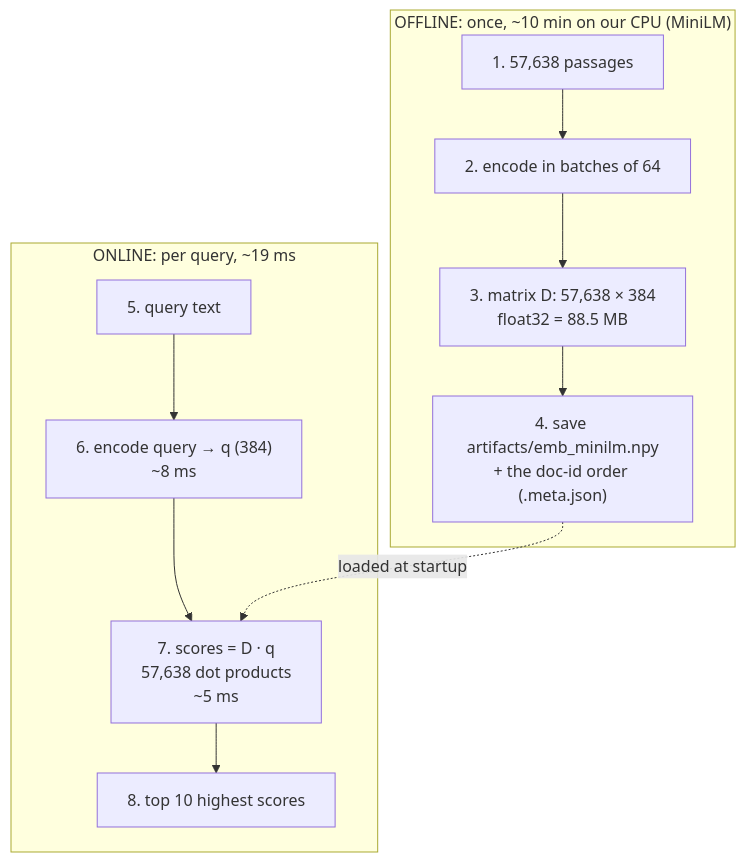
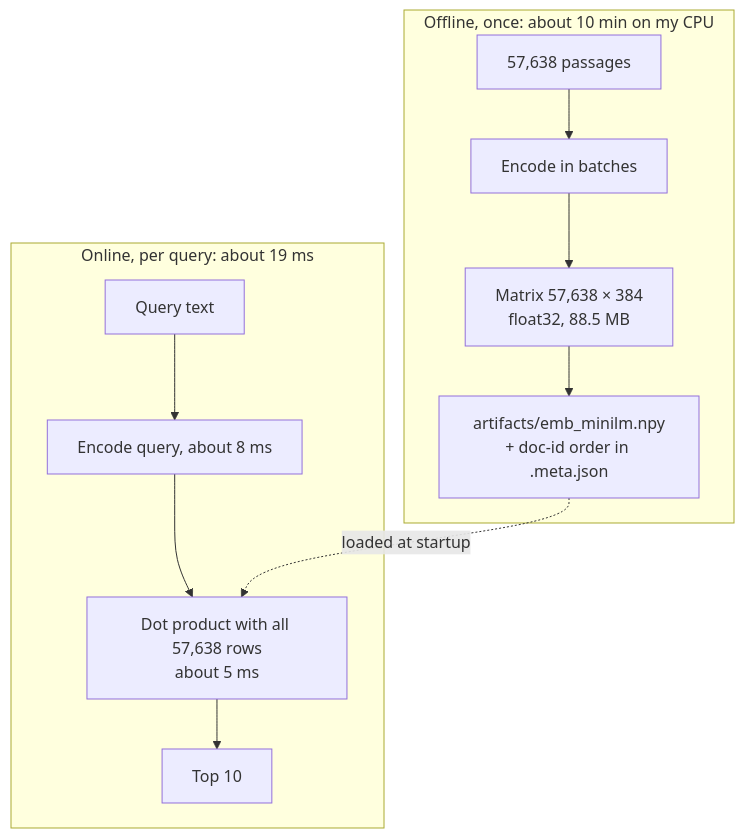
The third of 4 diagrams in docs/from_zero/04_meaning_search_embeddings.md (node31/fiqa-agentic-retrieval), drawn with Mermaid before and after one commit. The commit also changed other lines of this file and 9 other files, not shown here.

````diff
--- a/docs/from_zero/04_meaning_search_embeddings.md
+++ b/docs/from_zero/04_meaning_search_embeddings.md
@@ -223,14 +140,14 @@
 ```mermaid
 flowchart TB
-    subgraph OFFLINE["OFFLINE: once, ~10 min on our CPU (MiniLM)"]
-      C["1. 57,638 passages"] --> ENC["2. encode in batches of 64"]
-      ENC --> M["3. matrix D: 57,638 × 384<br/>float32 = 88.5 MB"]
-      M --> SAVE["4. save artifacts/emb_minilm.npy<br/>+ the doc-id order (.meta.json)"]
+    subgraph OFFLINE["Offline, once: about 10 min on my CPU"]
+      C["57,638 passages"] --> ENC["Encode in batches"]
+      ENC --> M["Matrix 57,638 × 384<br/>float32, 88.5 MB"]
+      M --> SAVE["artifacts/emb_minilm.npy<br/>+ doc-id order in .meta.json"]
     end
-    subgraph ONLINE["ONLINE: per query, ~19 ms"]
-      Q["5. query text"] --> QE["6. encode query → q (384)<br/>~8 ms"]
-      QE --> S["7. scores = D · q<br/>57,638 dot products<br/>~5 ms"]
-      S --> K["8. top 10 highest scores"]
+    subgraph ONLINE["Online, per query: about 19 ms"]
+      Q["Query text"] --> QE["Encode query, about 8 ms"]
+      QE --> S["Dot product with all 57,638 rows<br/>about 5 ms"]
+      S --> K["Top 10"]
     end
     SAVE -.loaded at startup.-> S
 ```
````
